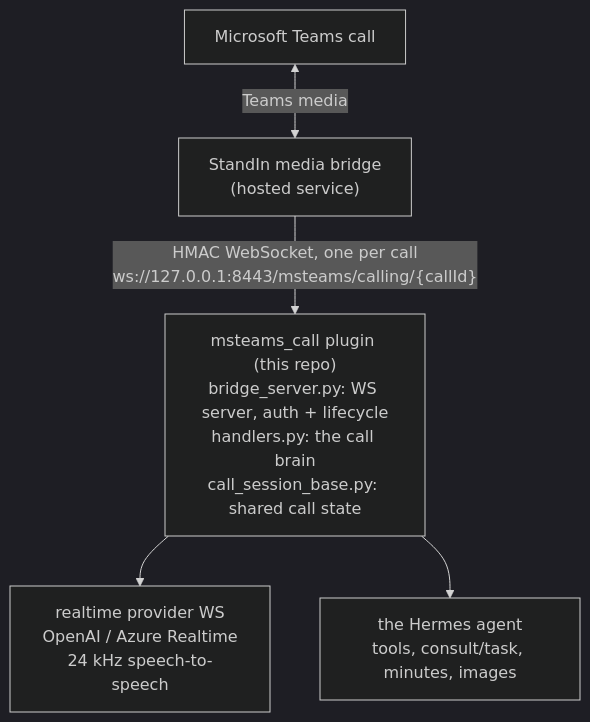
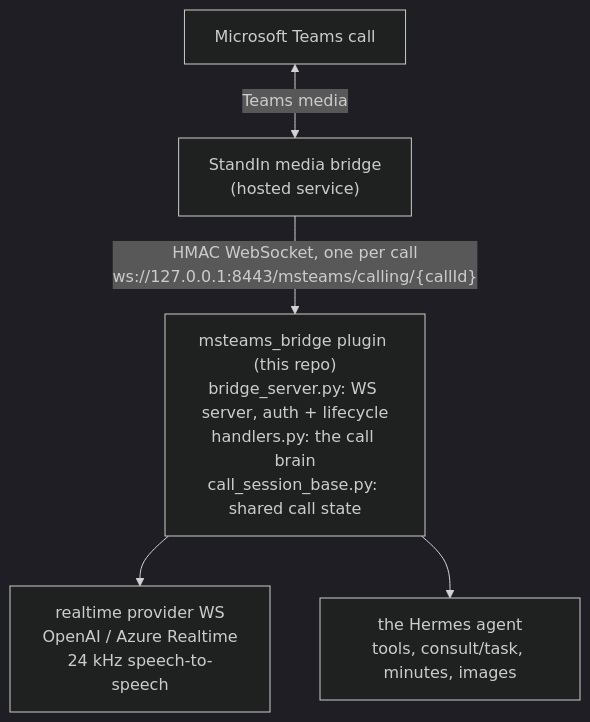
One commit to komaa-com/hermes-msteams-bridge changed the first of 3 diagrams in website/src/content/docs/architecture.md. Above: the diagram before and after it, drawn with Mermaid (dark theme). The commit also changed other lines of this file and 53 other files, not shown here.

First line of the commit message:
Rename to msteams_bridge, add voice transcription and vision parity (#38)

````diff
--- a/website/src/content/docs/architecture.md
+++ b/website/src/content/docs/architecture.md
@@ -16,12 +16,12 @@
 ```mermaid
 flowchart TD
     Teams["Microsoft Teams call"]
     Bridge["StandIn media bridge<br/>(hosted service)"]
-    Plugin["msteams_call plugin (this repo)<br/>bridge_server.py: WS server, auth + lifecycle<br/>handlers.py: the call brain<br/>call_session_base.py: shared call state"]
+    Plugin["msteams_bridge plugin (this repo)<br/>bridge_server.py: WS server, auth + lifecycle<br/>handlers.py: the call brain<br/>call_session_base.py: shared call state"]
     Provider["realtime provider WS<br/>OpenAI / Azure Realtime<br/>24 kHz speech-to-speech"]
     Agent["the Hermes agent<br/>tools, consult/task, minutes, images"]
     Teams <-->|Teams media| Bridge
     Bridge -->|"HMAC WebSocket, one per call<br/>ws://127.0.0.1:8443/msteams/calling/{callId}"| Plugin
     Plugin --> Provider
     Plugin --> Agent
 ```
````
